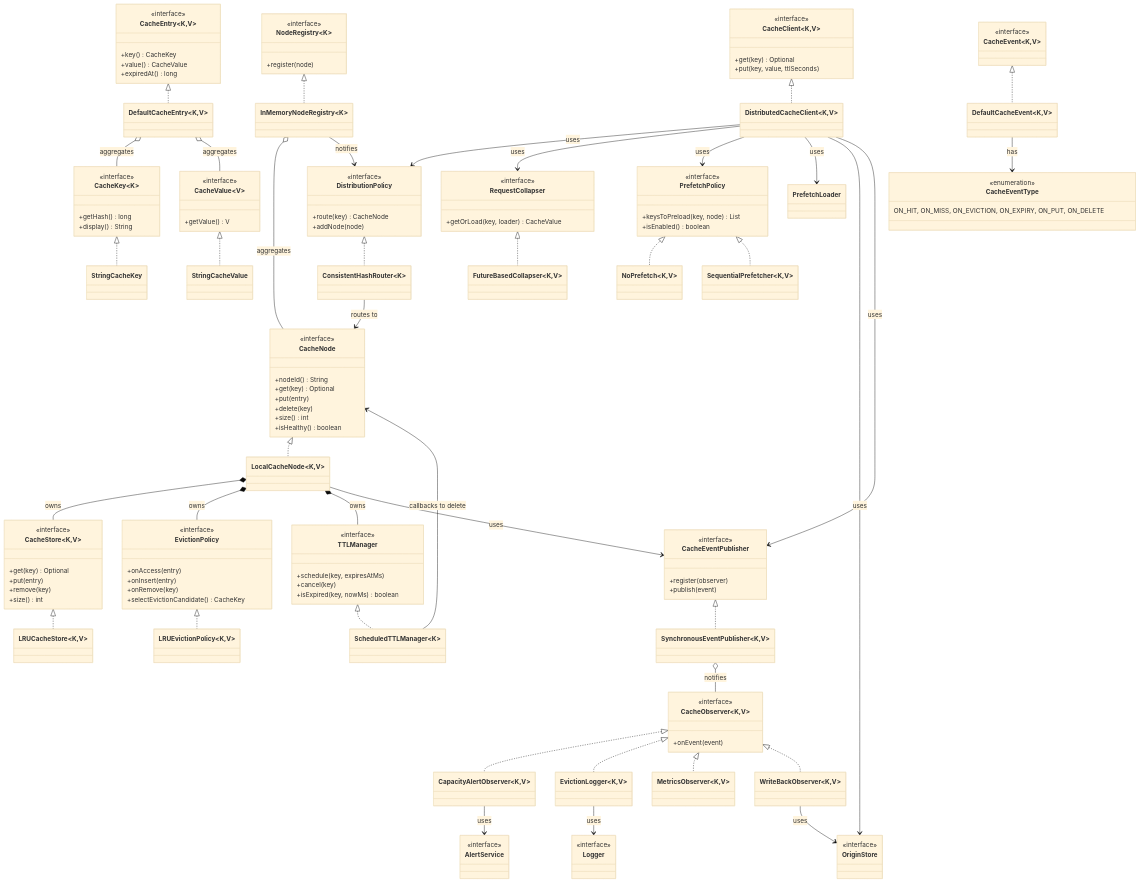
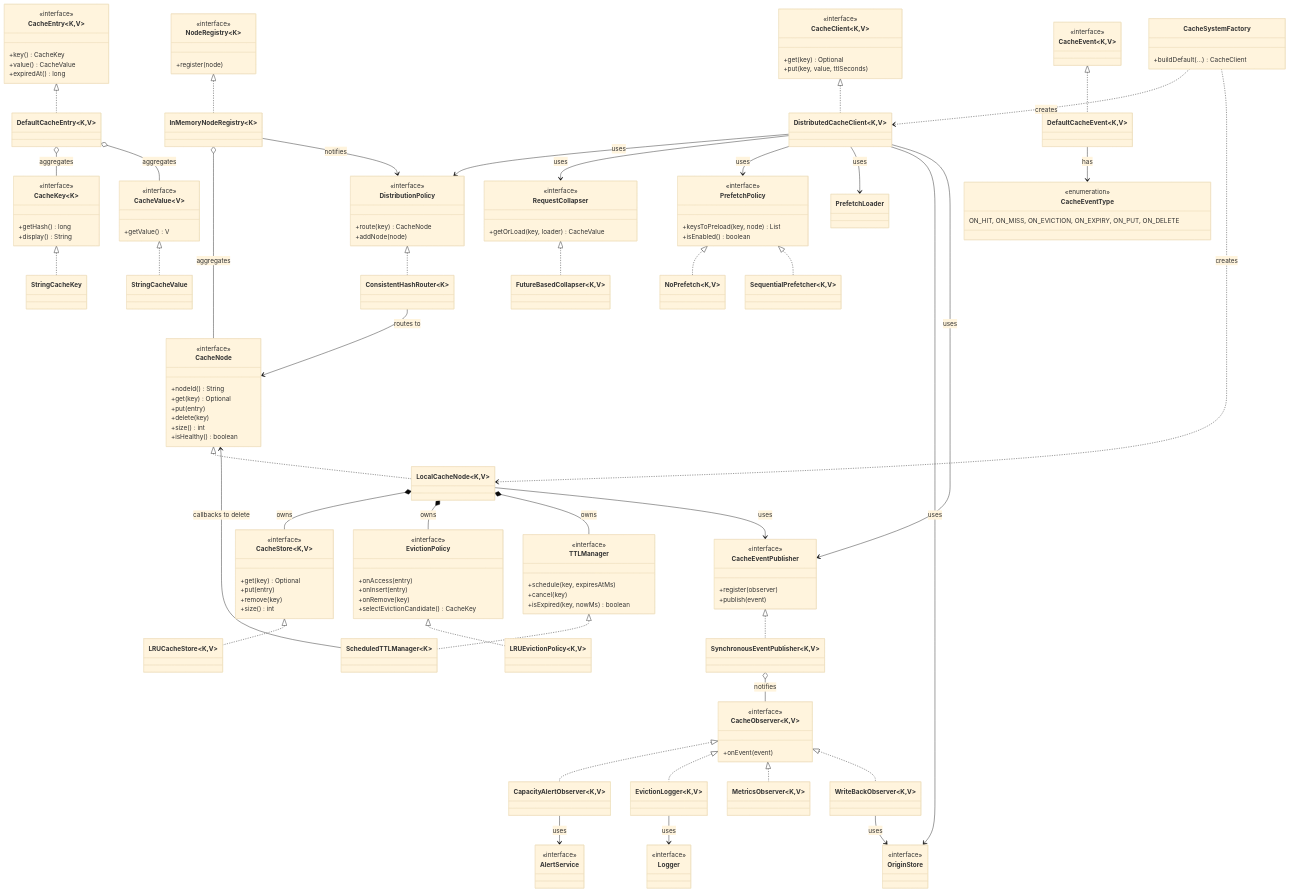
One commit to vimalyad/distributed-cache changed the diagram in README.md. Above: the diagram before and after it, drawn with Mermaid (base theme).

Commit message:
Add CacheSystemFactory and wiring details
Added CacheSystemFactory class and its relationships.

````diff
--- a/README.md
+++ b/README.md
@@ -214,4 +214,13 @@
     CapacityAlertObserver --> AlertService : uses
     EvictionLogger --> Logger : uses
     WriteBackObserver --> OriginStore : uses
+
+    %% ==========================================
+    %% FACTORY / WIRING (Added)
+    %% ==========================================
+    class CacheSystemFactory {
+        +buildDefault(...) CacheClient
+    }
+    CacheSystemFactory ..> DistributedCacheClient : creates
+    CacheSystemFactory ..> LocalCacheNode : creates
 ```
````
